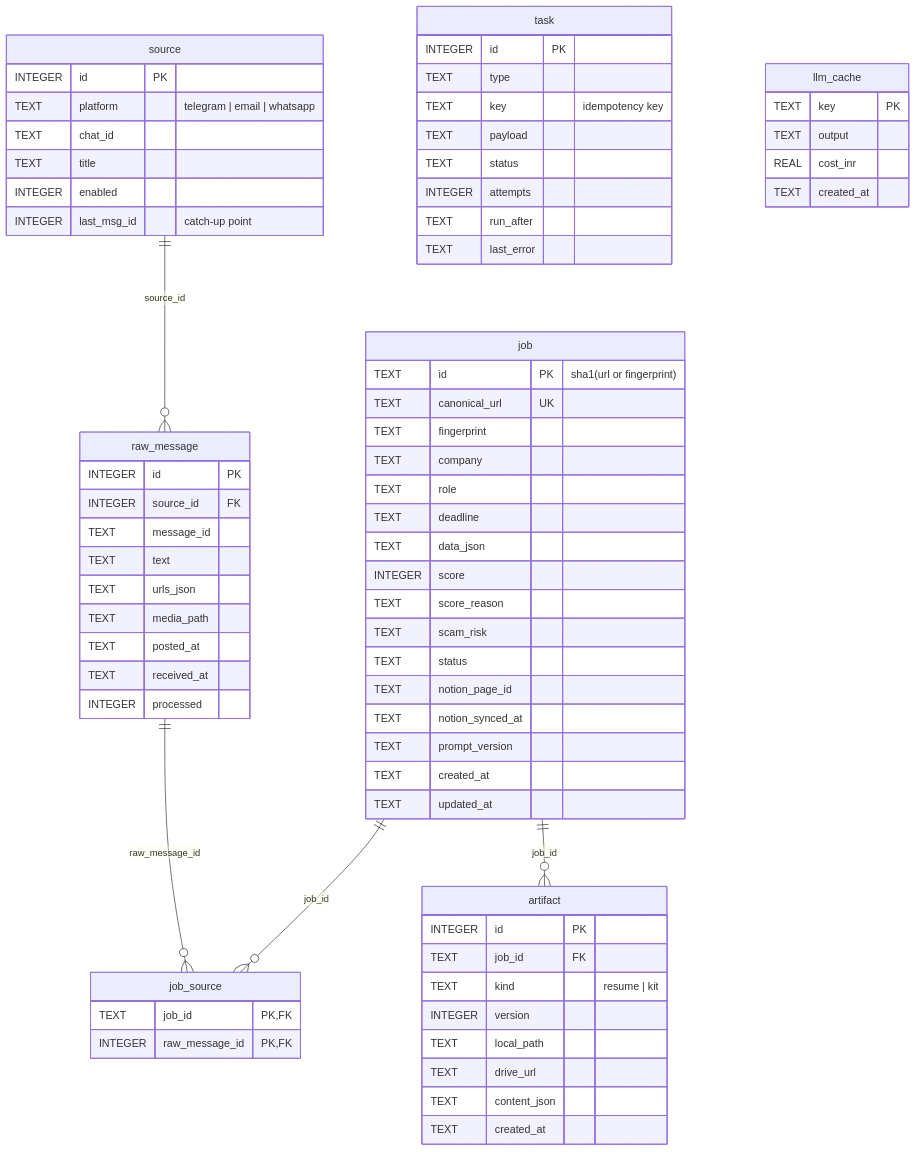
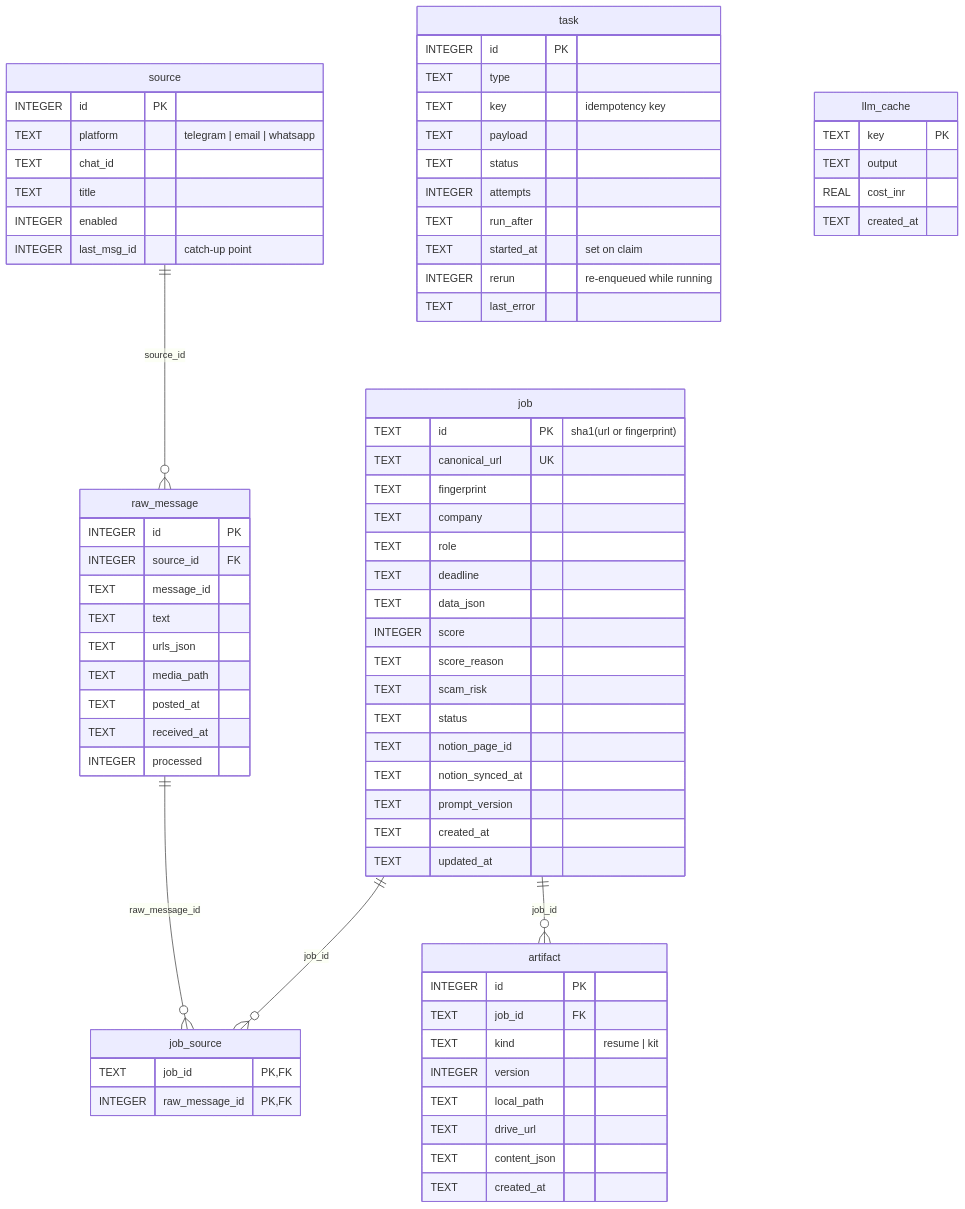
Before and after one commit to ThePlator/JobRadar: the first of 6 diagrams in docs/LLD.md, drawn with Mermaid. The commit also changed other lines of this file and 14 other files, not shown here.

````diff
--- a/docs/LLD.md
+++ b/docs/LLD.md
@@ -177,75 +177,77 @@
 ```mermaid
 erDiagram
     source ||--o{ raw_message : "source_id"
     raw_message ||--o{ job_source : "raw_message_id"
     job ||--o{ job_source : "job_id"
     job ||--o{ artifact : "job_id"
 
     source {
         INTEGER id PK
         TEXT platform "telegram | email | whatsapp"
         TEXT chat_id
         TEXT title
         INTEGER enabled
         INTEGER last_msg_id "catch-up point"
     }
     raw_message {
         INTEGER id PK
         INTEGER source_id FK
         TEXT message_id
         TEXT text
         TEXT urls_json
         TEXT media_path
         TEXT posted_at
         TEXT received_at
         INTEGER processed
     }
     job {
         TEXT id PK "sha1(url or fingerprint)"
         TEXT canonical_url UK
         TEXT fingerprint
         TEXT company
         TEXT role
         TEXT deadline
         TEXT data_json
         INTEGER score
         TEXT score_reason
         TEXT scam_risk
         TEXT status
         TEXT notion_page_id
         TEXT notion_synced_at
         TEXT prompt_version
         TEXT created_at
         TEXT updated_at
     }
     job_source {
         TEXT job_id PK, FK
         INTEGER raw_message_id PK, FK
     }
     artifact {
         INTEGER id PK
         TEXT job_id FK
         TEXT kind "resume | kit"
         INTEGER version
         TEXT local_path
         TEXT drive_url
         TEXT content_json
         TEXT created_at
     }
     task {
         INTEGER id PK
         TEXT type
         TEXT key "idempotency key"
         TEXT payload
         TEXT status
         INTEGER attempts
         TEXT run_after
+        TEXT started_at "set on claim"
+        INTEGER rerun "re-enqueued while running"
         TEXT last_error
     }
     llm_cache {
         TEXT key PK
         TEXT output
         REAL cost_inr
         TEXT created_at
     }
 ```
````
